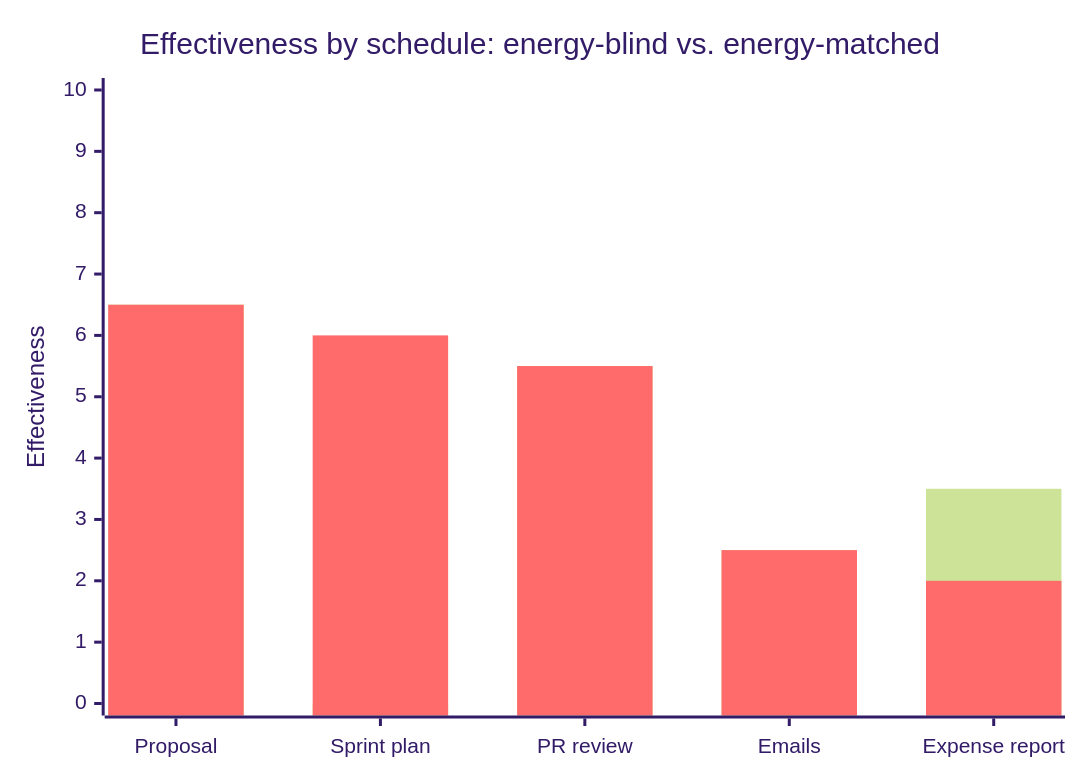
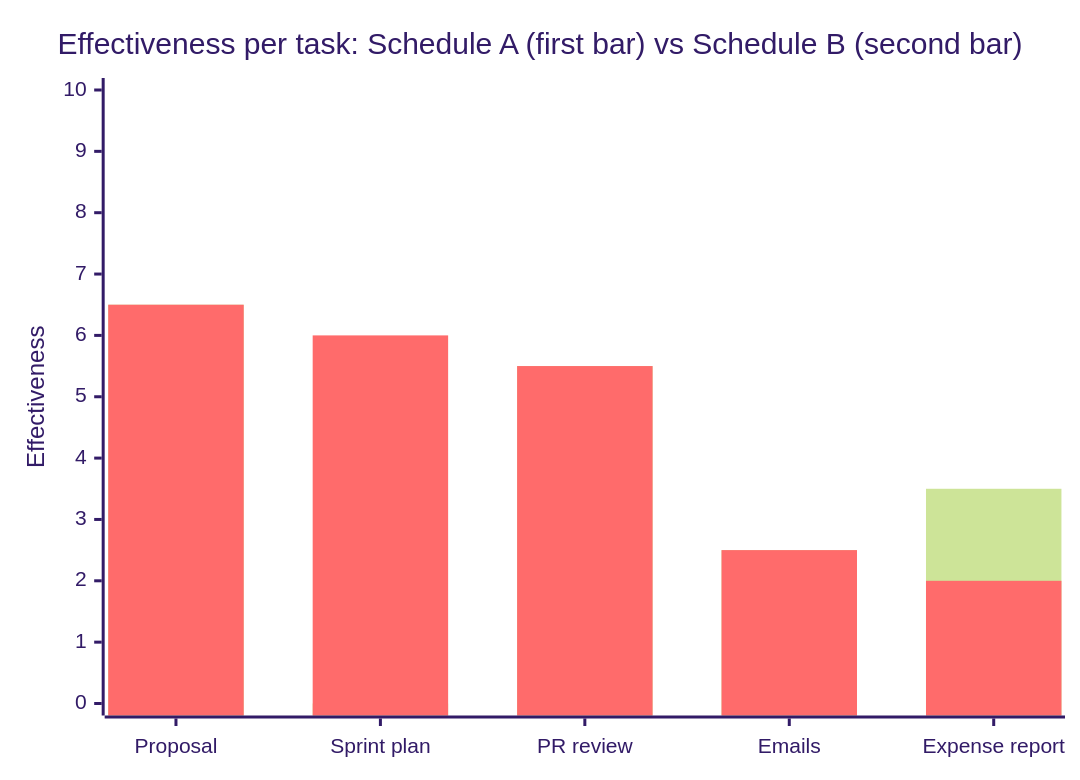
One commit to francoandreDev/knowledge changed the second of 2 diagrams in src/content/sustainable-performance/energy-management-across-day-week/L3-deep-dive.mdx. Above: the diagram before and after it, drawn with Mermaid (forest theme). The commit also changed other lines of this file and 24 other files, not shown here.

````diff
--- a/src/content/sustainable-performance/energy-management-across-day-week/L3-deep-dive.mdx
+++ b/src/content/sustainable-performance/energy-management-across-day-week/L3-deep-dive.mdx
@@ -106,8 +138,8 @@
 ```mermaid
 xychart-beta
-    title "Effectiveness by schedule: energy-blind vs. energy-matched"
+    title "Effectiveness per task: Schedule A (first bar) vs Schedule B (second bar)"
     x-axis ["Proposal", "Sprint plan", "PR review", "Emails", "Expense report"]
     y-axis "Effectiveness" 0 --> 10
     bar [6.5, 0, 5.5, 2.5, 3.5]
     bar [6.5, 6, 5.5, 2.5, 2]
 ```
````
